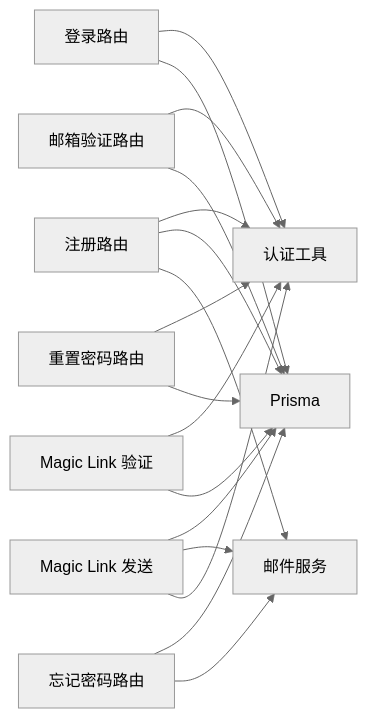
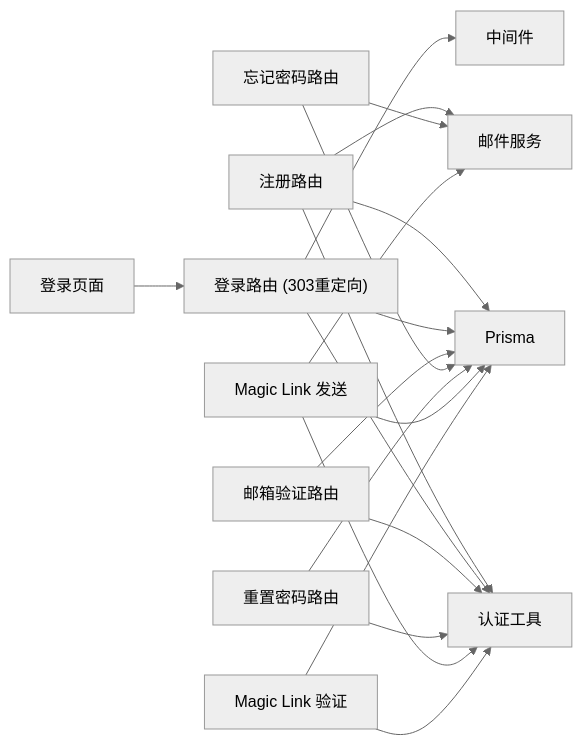
Before and after one commit to kangkang919/xinya: the ninth of 10 diagrams in .qoder/repowiki/zh/content/用户认证系统/密码认证.md, drawn with Mermaid (neutral theme). The commit also changed other lines of this file and 37 other files, not shown here.

````diff
--- a/.qoder/repowiki/zh/content/用户认证系统/密码认证.md
+++ b/.qoder/repowiki/zh/content/用户认证系统/密码认证.md
@@ -430,19 +497,21 @@
 ```mermaid
 graph LR
 REG["注册路由"] --> AUTH["认证工具"]
 REG --> PRISMA["Prisma"]
 REG --> MAIL["邮件服务"]
-LOGIN["登录路由"] --> AUTH
+LOGIN["登录路由 (303重定向)"] --> AUTH
 LOGIN --> PRISMA
+LOGIN --> MIDDLEWARE["中间件"]
 VERIFY["邮箱验证路由"] --> AUTH
 VERIFY --> PRISMA
 FORGOT["忘记密码路由"] --> PRISMA
 FORGOT --> MAIL
 RESET["重置密码路由"] --> AUTH
 RESET --> PRISMA
 ML_SEND["Magic Link 发送"] --> PRISMA
 ML_SEND --> MAIL
 ML_SEND --> AUTH
 ML_VERIFY["Magic Link 验证"] --> AUTH
 ML_VERIFY --> PRISMA
+LOGIN_PAGE["登录页面"] --> LOGIN
 ```
````
